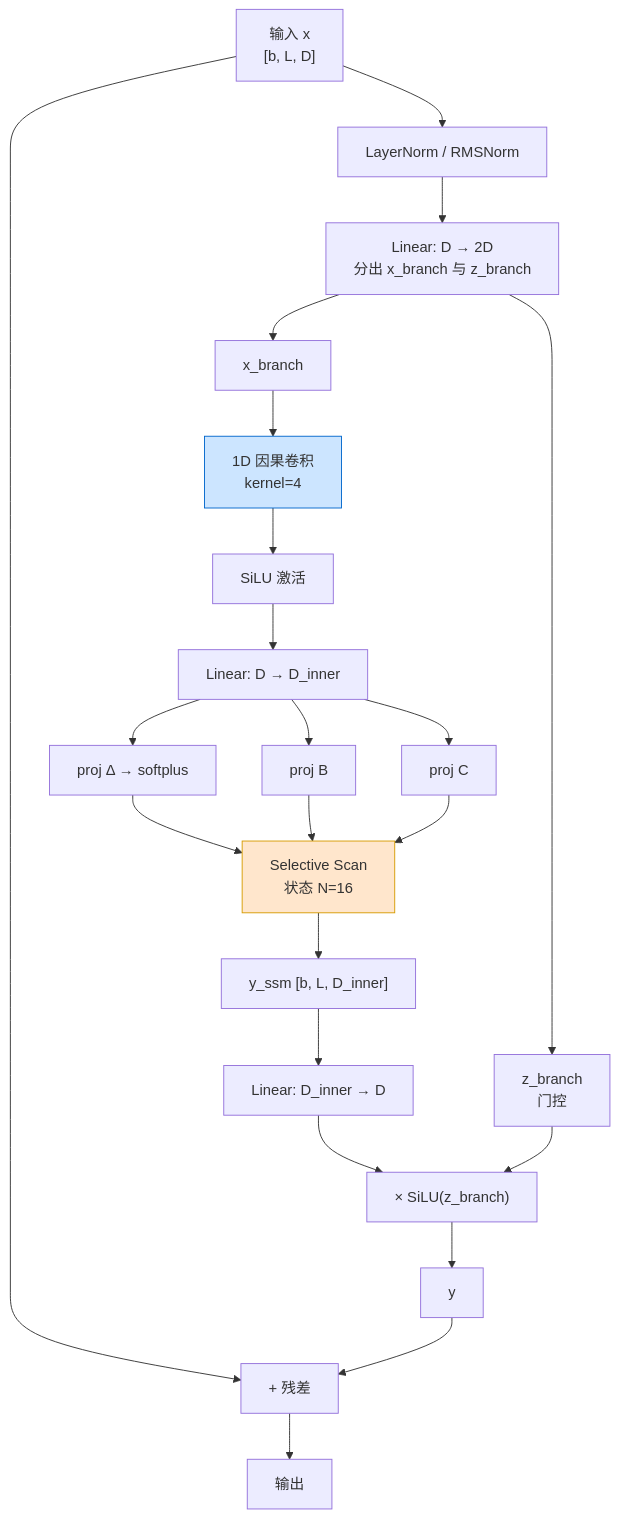
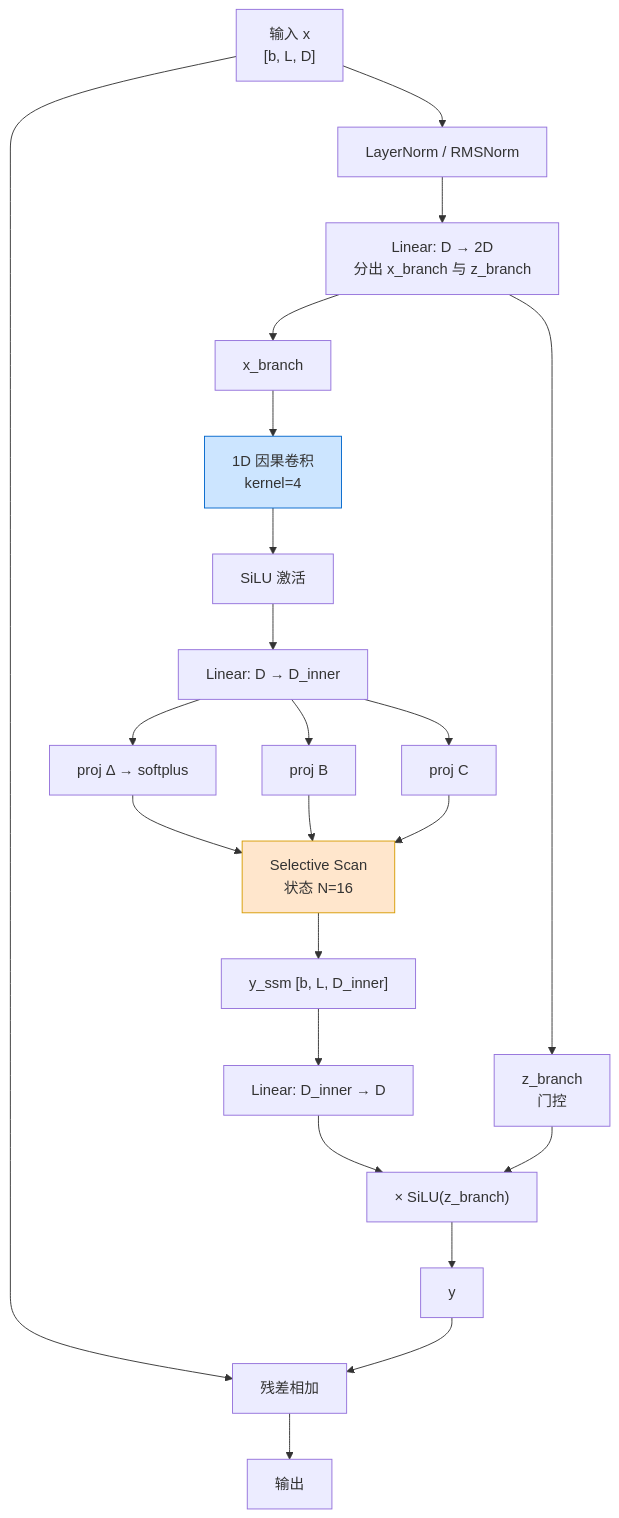
The sixth of 7 diagrams in 30_高效序列架构SSM与Mamba.md (BeefWrap4/LLM-Knowledge-Base), drawn with Mermaid before and after one commit. The commit also changed 12 other files, not shown here.

Commit message:
Fix Mermaid markdown label rendering

````diff
--- a/30_高效序列架构SSM与Mamba.md
+++ b/30_高效序列架构SSM与Mamba.md
@@ -421,27 +421,27 @@
 ```mermaid
 graph TD
     X["输入 x<br/>[b, L, D]"] --> N1["LayerNorm / RMSNorm"]
     N1 --> L1["Linear: D → 2D<br/>分出 x_branch 与 z_branch"]
     L1 --> XB["x_branch"]
     L1 --> ZB["z_branch<br/>门控"]
     XB --> CONV["1D 因果卷积<br/>kernel=4"]
     CONV --> SIL["SiLU 激活"]
     SIL --> L2["Linear: D → D_inner"]
     L2 --> DT["proj Δ → softplus"]
     L2 --> LB["proj B"]
     L2 --> LC["proj C"]
     DT --> SCAN["Selective Scan<br/>状态 N=16"]
     LB --> SCAN
     LC --> SCAN
     SCAN --> YS["y_ssm [b, L, D_inner]"]
     YS --> LN["Linear: D_inner → D"]
     LN --> GATE["× SiLU(z_branch)"]
     ZB --> GATE
     GATE --> OUT["y"]
-    X --> RES["+ 残差"]
+    X --> RES["残差相加"]
     OUT --> RES
     RES --> Y["输出"]
 
     style SCAN fill:#ffe6cc,stroke:#d79b00
     style CONV fill:#cce5ff,stroke:#0066cc
 ```
````
